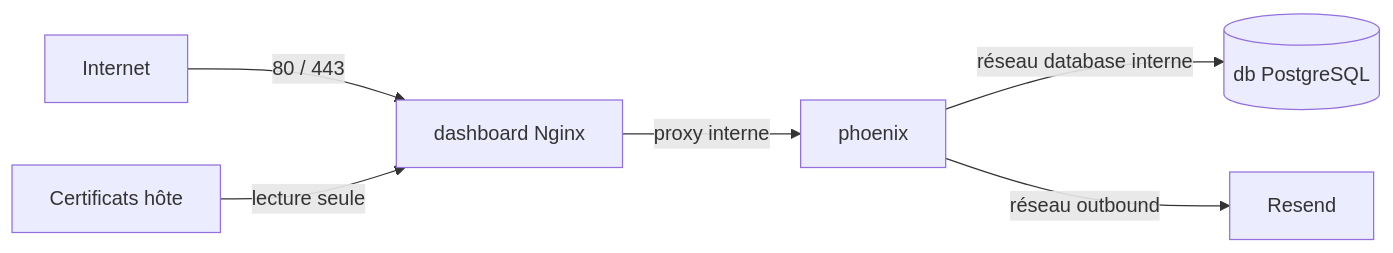
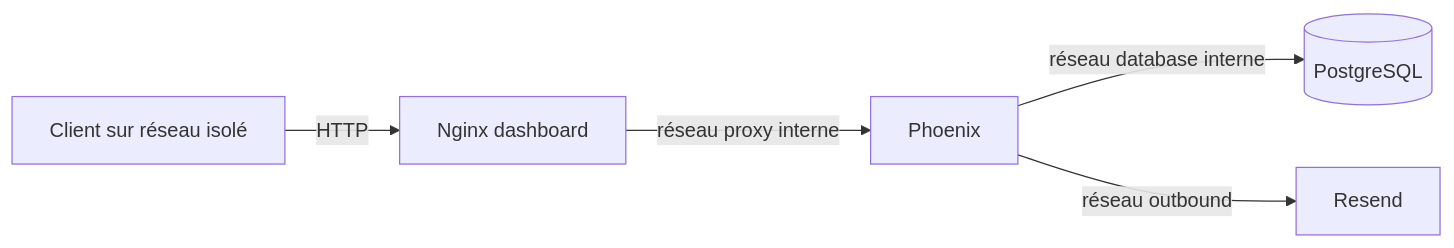
One commit to Kalambodaniel143/Time_Manager_Mirror changed the first of 2 diagrams in docs/DEVOPS.md. Above: the diagram before and after it, drawn with Mermaid. The commit also changed other lines of this file and 13 other files, not shown here.

````diff
--- a/docs/DEVOPS.md
+++ b/docs/DEVOPS.md
@@ -64,8 +70,7 @@
 ```mermaid
 flowchart LR
-    I[Internet] -->|80 / 443| N[dashboard Nginx]
-    N -->|proxy interne| P[phoenix]
-    P -->|réseau database interne| D[(db PostgreSQL)]
+    C[Client sur réseau isolé] -->|HTTP| N[Nginx dashboard]
+    N -->|réseau proxy interne| P[Phoenix]
+    P -->|réseau database interne| DB[(PostgreSQL)]
     P -->|réseau outbound| R[Resend]
-    C[Certificats hôte] -->|lecture seule| N
 ```
````
